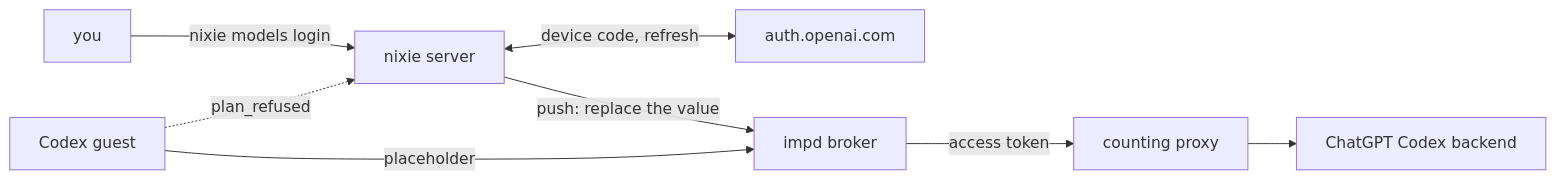
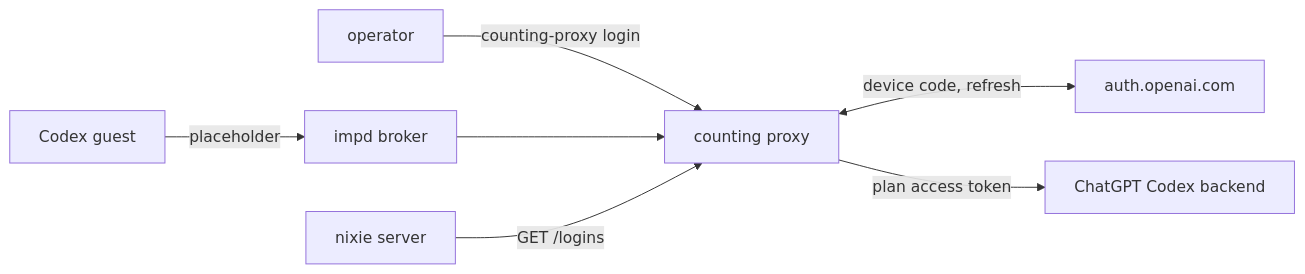
The diagram in docs/design/queue/plan-login-token.md (zgeoff/nixie), drawn with Mermaid before and after one commit. The commit also changed other lines of this file and 1 other file, not shown here.

Commit message:
docs: move the plan login into the counting proxy

````diff
--- a/docs/design/queue/plan-login-token.md
+++ b/docs/design/queue/plan-login-token.md
@@ -26,10 +27,9 @@
 ```mermaid
 flowchart LR
-  you[you] -->|"nixie models login"| server[nixie server]
-  server <-->|"device code, refresh"| auth[auth.openai.com]
-  server -->|"push: replace the value"| impd[impd broker]
-  guest[Codex guest] -->|"placeholder"| impd
-  impd -->|"access token"| proxy[counting proxy]
-  proxy --> backend[ChatGPT Codex backend]
-  guest -.->|"plan_refused"| server
+  op[operator] -->|"counting-proxy login"| proxy[counting proxy]
+  proxy <-->|"device code, refresh"| auth[auth.openai.com]
+  guest[Codex guest] -->|"placeholder"| broker[impd broker]
+  broker --> proxy
+  proxy -->|"plan access token"| backend[ChatGPT Codex backend]
+  server[nixie server] -->|"GET /logins"| proxy
 ```
````
